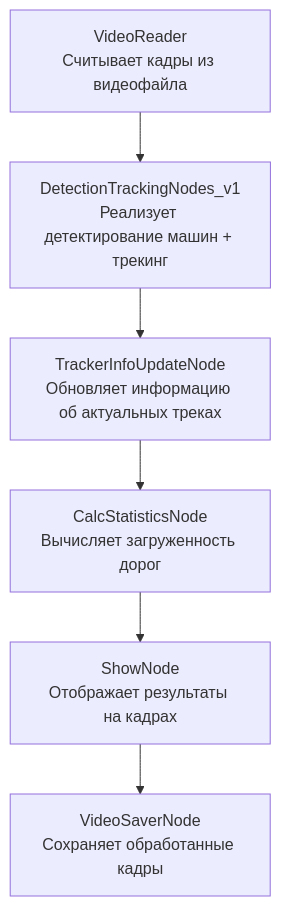
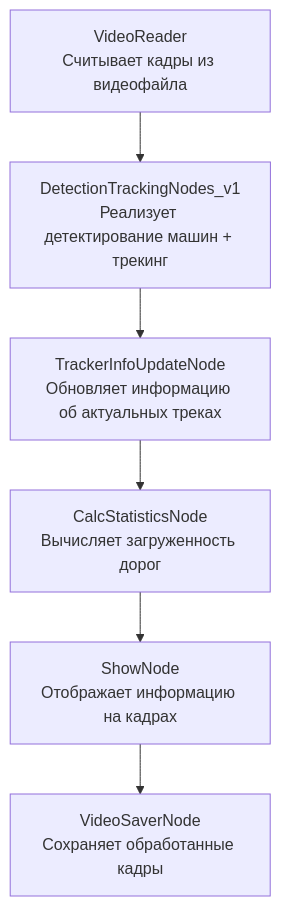
One commit to Aleksandr62aa/Computer_Vision changed the diagram in README.md. Above: the diagram before and after it, drawn with Mermaid.

````diff
--- a/README.md
+++ b/README.md
@@ -51,8 +51,8 @@
 ```mermaid
 graph TD;
     A["VideoReader<br>Считывает кадры из видеофайла"] --> B["DetectionTrackingNodes_v1<br>Реализует детектирование машин + трекинг"];
     B --> C["TrackerInfoUpdateNode<br>Обновляет информацию об актуальных треках"];
     C --> D["CalcStatisticsNode<br>Вычисляет загруженность дорог"];     
-    D --> F["ShowNode<br>Отображает результаты на кадрах"];
+    D --> F["ShowNode<br>Отображает информацию на кадрах"];
     F --> H["VideoSaverNode<br>Сохраняет обработанные кадры"]; 
 ```
````
